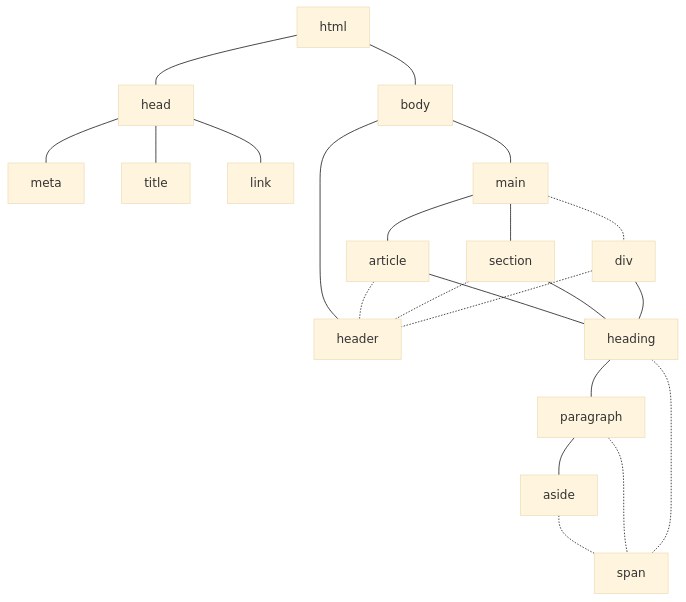
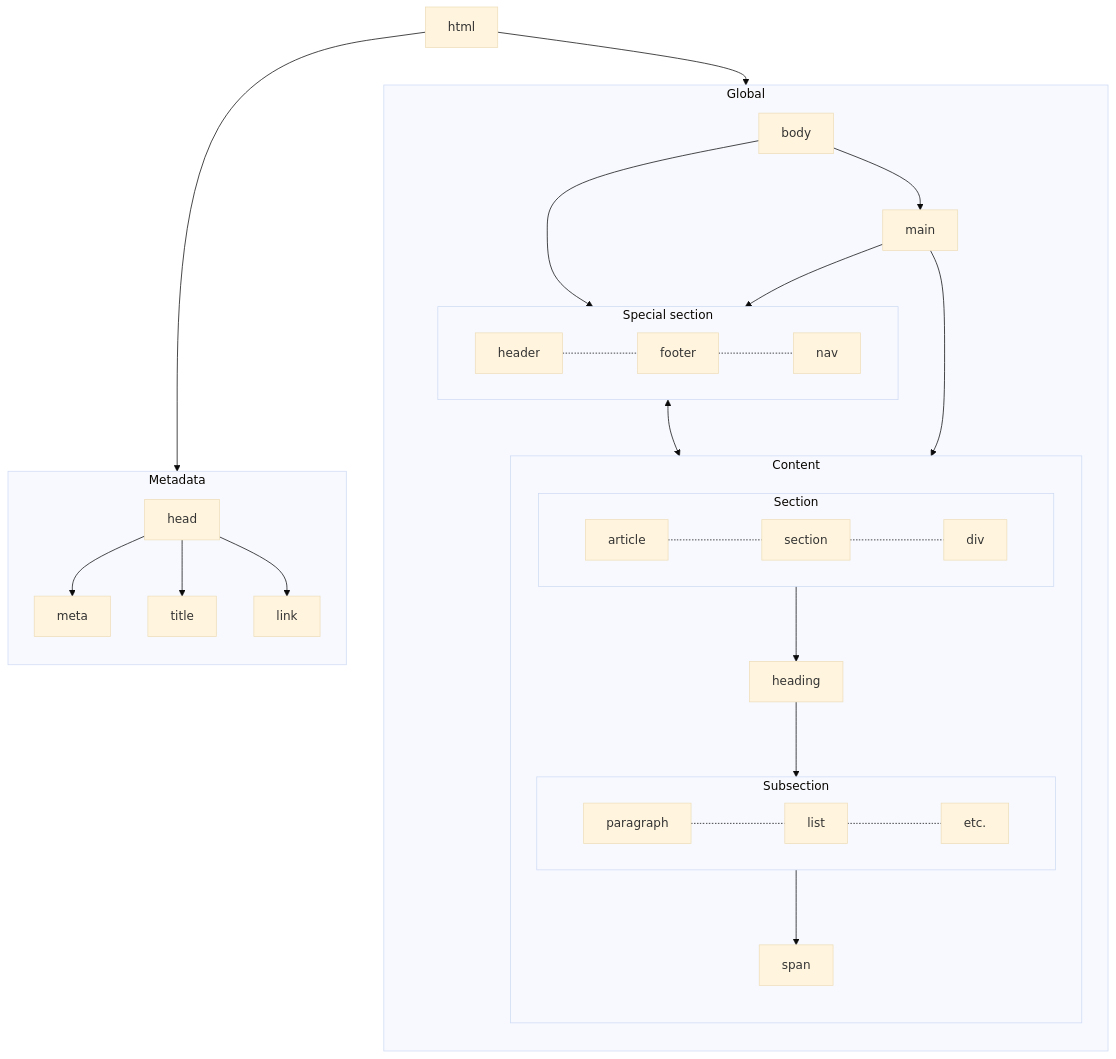
Before and after one commit to itsdmd/University: the second of 3 diagrams in CS201/T/w01/README.md, drawn with Mermaid (base theme). The commit also changed other lines of this file, not shown here.

Commit message:
201.T.01.01
- Update diagrams
- Add ToC

````diff
--- a/CS201/T/w01/README.md
+++ b/CS201/T/w01/README.md
@@ -6,26 +20,51 @@
 	```mermaid
 	graph TB
-		html --- head
-		html --- body
 		
-		head --- meta
-		head --- title
-		head --- link
+		html --> head
+		html --> body
 		
-		body --- header
-		body --- main
-			main --- article
-				article -.- header
-				article --- heading
-					heading --- paragraph
-						paragraph --- aside
-							aside -.- span
-						paragraph -.- span
-					heading -.- span
-			main --- section
-				section -.- header
-				section --- heading
-			main -.- div
-				div -.- header
-				div --- heading
+		subgraph Global
+			direction TB
+			
+			body --> SpecialSection
+			body --> main
+			
+			subgraph SpecialSection[Special section]
+				direction LR
+				header -.- footer -.- nav
+			end
+			
+			subgraph Content
+				direction TB
+				
+				subgraph Section
+					direction LR
+					
+					article -.- section -.- div
+				end
+				
+				Section --> heading
+				heading --> Subsection
+				
+				subgraph Subsection
+					direction LR
+					
+					paragraph -.- list -.- etc.
+				end
+				
+				Subsection --> span
+			end
+				
+			SpecialSection <--> Content
+			main --> Content
+			main --> SpecialSection
+		end
+		
+		subgraph Metadata
+			direction TB
+			
+			head --> meta
+			head --> title
+			head --> link
+		end
 	```
````
